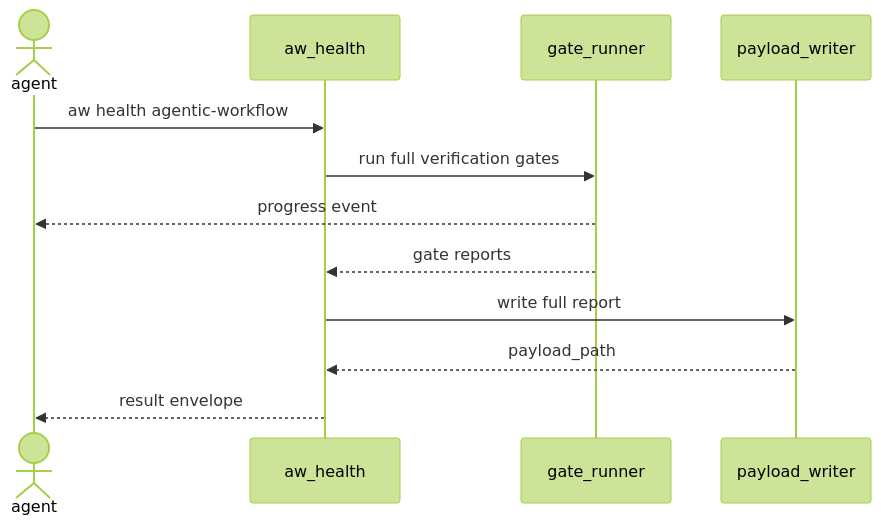
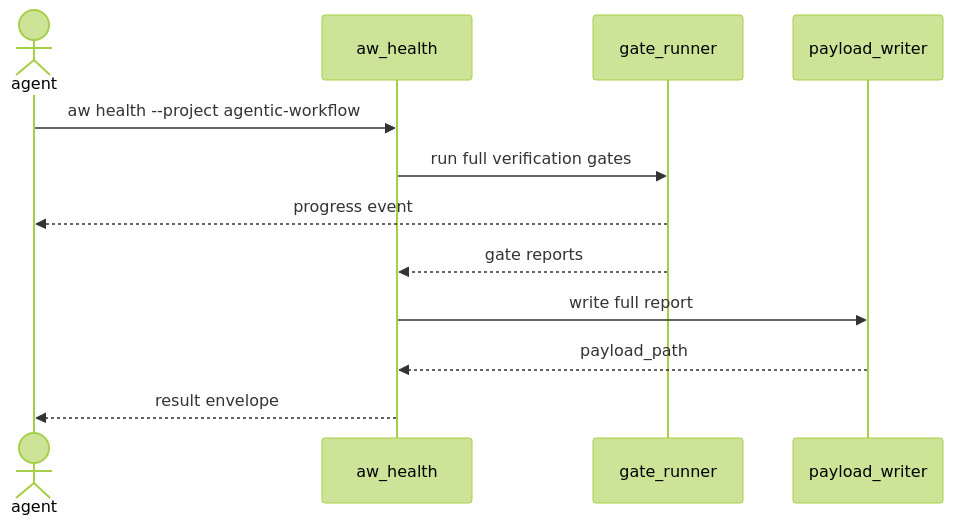
The third of 7 diagrams in apps/agentic-workflow/tech-design/validate/health-defaults-to-streaming-full-verification.md (chrischeng-c4/axiom), drawn with Mermaid (forest theme) before and after one commit. The commit also changed other lines of this file and 29 other files, not shown here.

````diff
--- a/apps/agentic-workflow/tech-design/validate/health-defaults-to-streaming-full-verification.md
+++ b/apps/agentic-workflow/tech-design/validate/health-defaults-to-streaming-full-verification.md
@@ -115,28 +115,28 @@
 ```mermaid
 ---
 id: aw-health-streaming-full-verification-interaction
 actors:
   - { id: agent, kind: actor }
   - { id: aw_health, kind: system }
   - { id: gate_runner, kind: participant }
   - { id: payload_writer, kind: participant }
 messages:
-  - { from: agent, to: aw_health, name: "aw health agentic-workflow", returns: "progress JSONL" }
+  - { from: agent, to: aw_health, name: "aw health --project agentic-workflow", returns: "progress JSONL" }
   - { from: aw_health, to: gate_runner, name: "run full verification gates", returns: "gate reports" }
   - { from: gate_runner, to: agent, name: "progress event", returns: "bounded line" }
   - { from: aw_health, to: payload_writer, name: "write full report", returns: "payload_path" }
   - { from: aw_health, to: agent, name: "result envelope", returns: "compact JSON" }
 ---
 sequenceDiagram
   actor agent
   participant aw_health
   participant gate_runner
   participant payload_writer
-  agent->>aw_health: aw health agentic-workflow
+  agent->>aw_health: aw health --project agentic-workflow
   aw_health->>gate_runner: run full verification gates
   gate_runner-->>agent: progress event
   gate_runner-->>aw_health: gate reports
   aw_health->>payload_writer: write full report
   payload_writer-->>aw_health: payload_path
   aw_health-->>agent: result envelope
 ```
````
